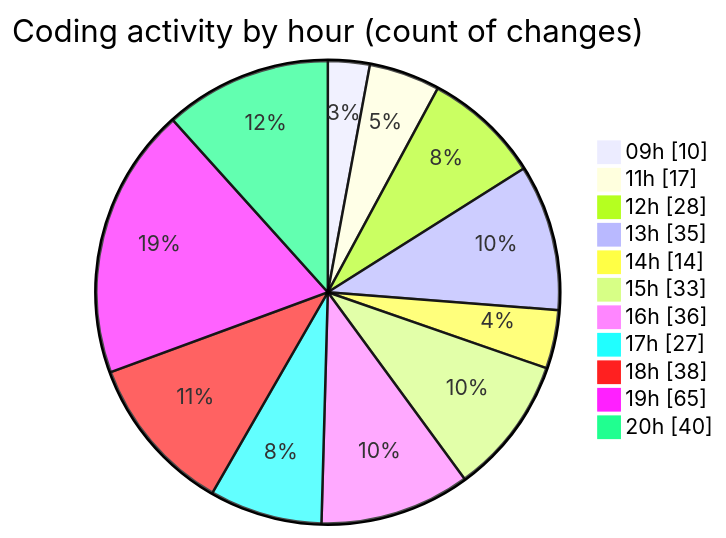
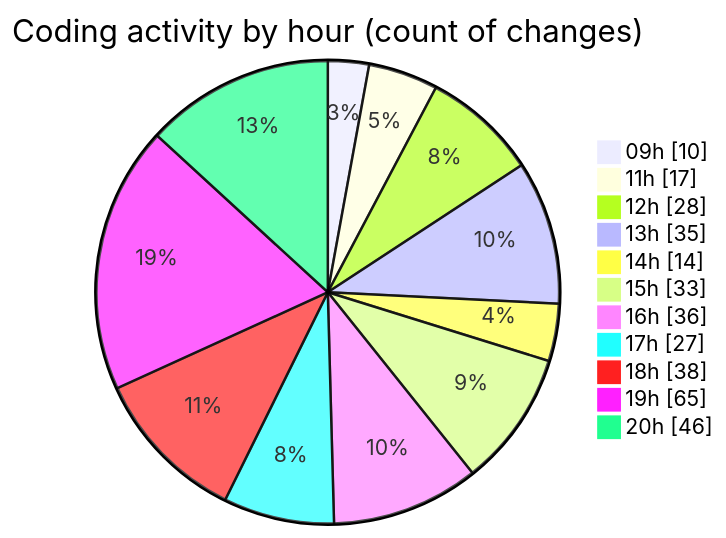
Before and after one commit to momahboobian/code-tracking: the second of 2 diagrams in 2026-05-07/cda/README.md, drawn with Mermaid. The commit also changed other lines of this file and 1 other file, not shown here.

````diff
--- a/2026-05-07/cda/README.md
+++ b/2026-05-07/cda/README.md
@@ -64,15 +65,15 @@
 ```mermaid
 pie showData
 title Coding activity by hour (count of changes)
 "09h" : 10
 "11h" : 17
 "12h" : 28
 "13h" : 35
 "14h" : 14
 "15h" : 33
 "16h" : 36
 "17h" : 27
 "18h" : 38
 "19h" : 65
-"20h" : 40
+"20h" : 46
 ```
````
